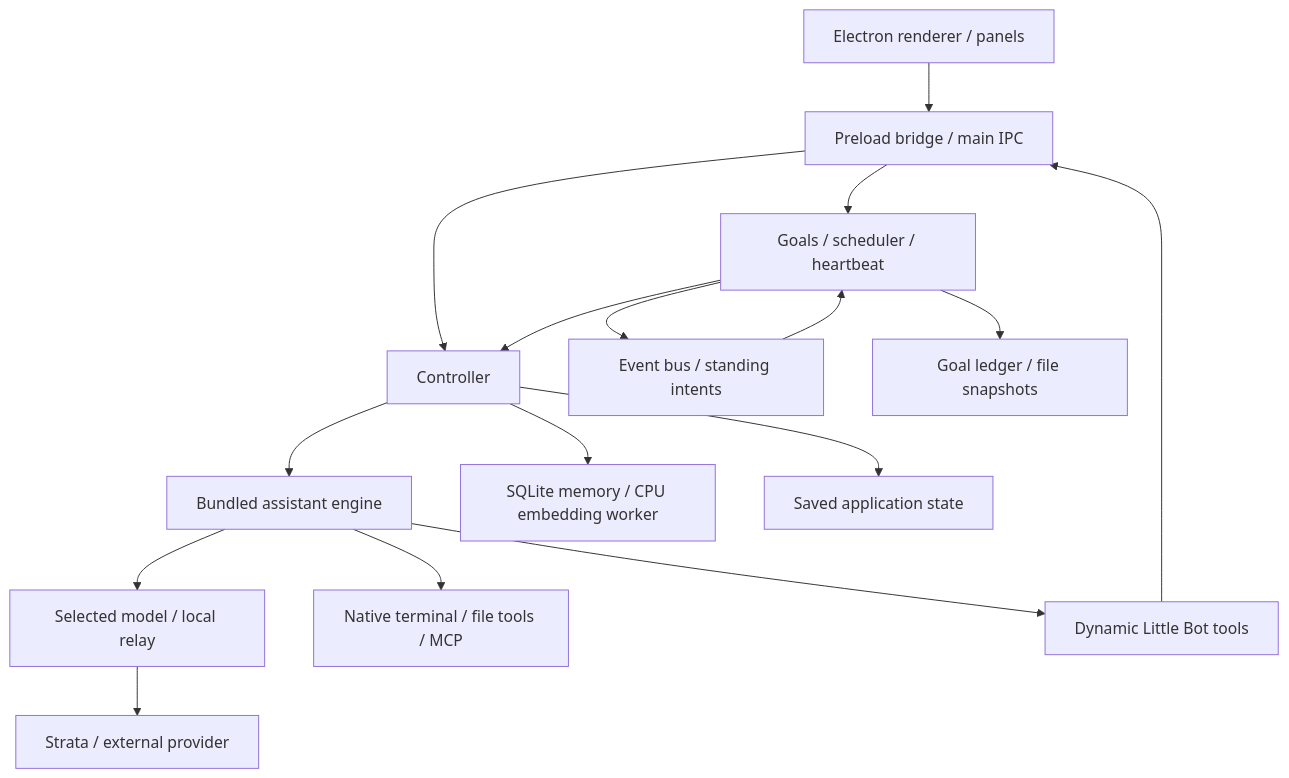
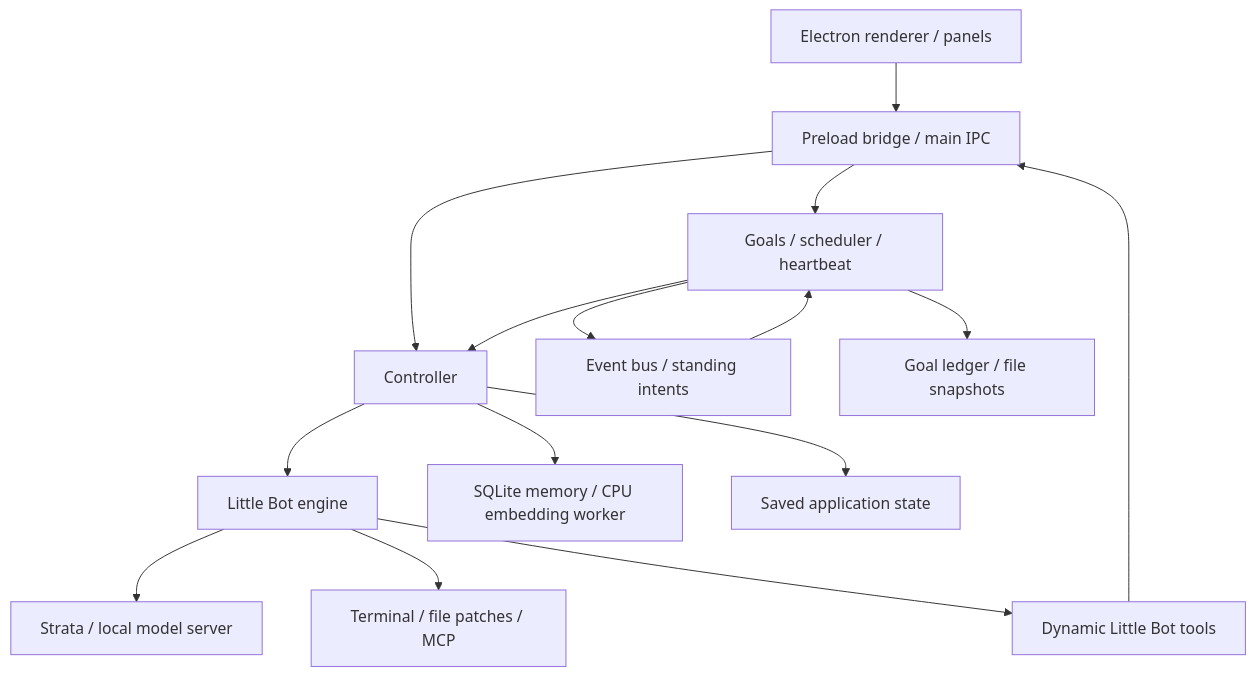
One commit to b7216309-jpg/little-bot changed the diagram in docs/system-guide/README.md. Above: the diagram before and after it, drawn with Mermaid. The commit also changed other lines of this file and 43 other files, not shown here.

First line of the commit message:
Replace the Codex engine with Little Bot's own engine (0.45.0)

````diff
--- a/docs/system-guide/README.md
+++ b/docs/system-guide/README.md
@@ -32,18 +33,17 @@
 ```mermaid
 flowchart TD
   UI[Electron renderer / panels] --> IPC[Preload bridge / main IPC]
   IPC --> C[Controller]
   IPC --> R[Goals / scheduler / heartbeat]
-  C --> E[Bundled assistant engine]
-  E --> P[Selected model / local relay]
-  P --> S[Strata / external provider]
-  E --> T[Native terminal / file tools / MCP]
+  C --> E[Little Bot engine]
+  E --> S[Strata / local model server]
+  E --> T[Terminal / file patches / MCP]
   E --> D[Dynamic Little Bot tools]
   D --> IPC
   C --> M[SQLite memory / CPU embedding worker]
   C --> ST[Saved application state]
   R --> C
   R --> B[Event bus / standing intents]
   B --> R
   R --> F[Goal ledger / file snapshots]
 ```
````
